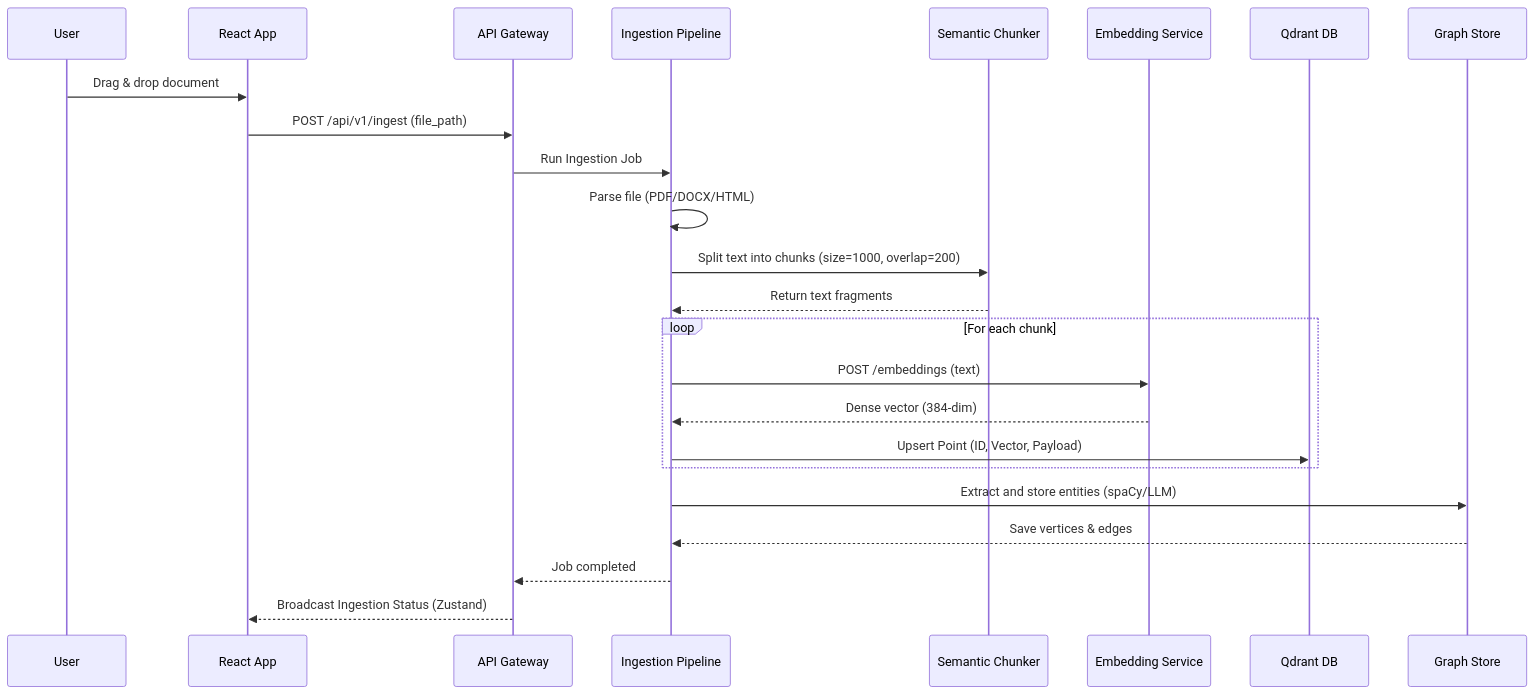
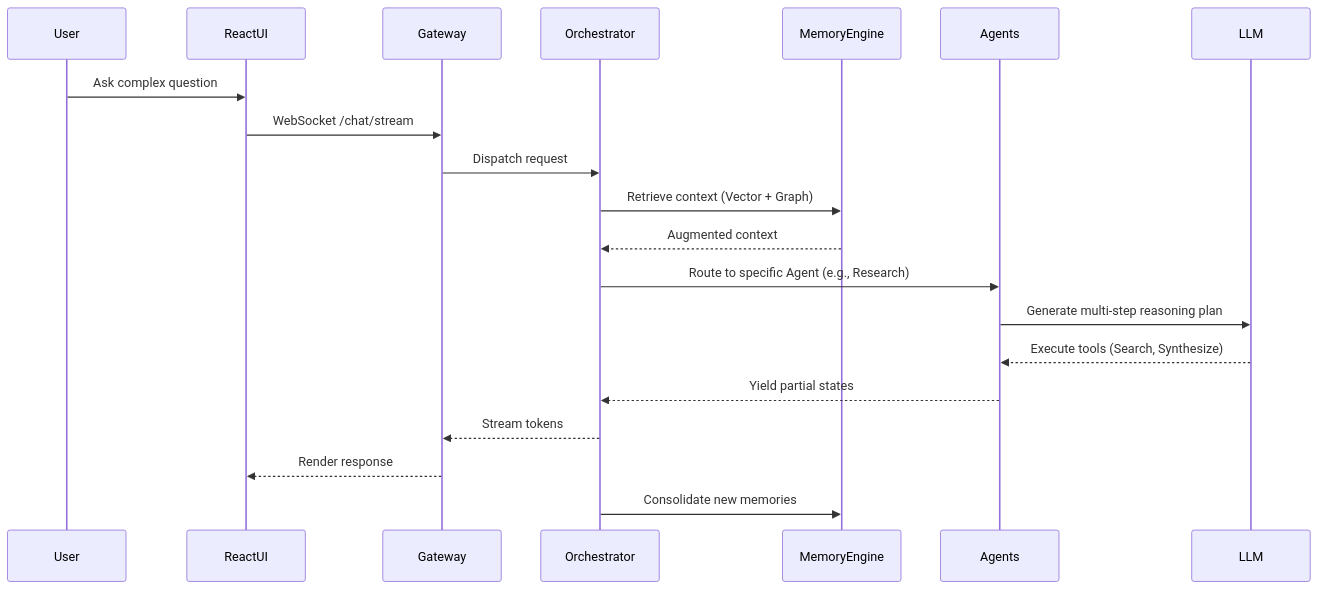
One commit to hassanupf24/Nodus changed the second of 3 diagrams in docs/ARCHITECTURE.md. Above: the diagram before and after it, drawn with Mermaid. The commit also changed other lines of this file and 63 other files, not shown here.

Commit message:
feat: scaffold Nodus vNext architecture and modules

````diff
--- a/docs/ARCHITECTURE.md
+++ b/docs/ARCHITECTURE.md
@@ -70,27 +62,23 @@
 ```mermaid
 sequenceDiagram
     participant User
-    participant App as React App
-    participant Gw as API Gateway
-    participant Pipe as Ingestion Pipeline
-    participant Ch as Semantic Chunker
-    participant Emb as Embedding Service
-    participant Vec as Qdrant DB
-    participant Graph as Graph Store
+    participant ReactUI
+    participant Gateway
+    participant Orchestrator
+    participant MemoryEngine
+    participant Agents
+    participant LLM
 
-    User->>App: Drag & drop document
-    App->>Gw: POST /api/v1/ingest (file_path)
-    Gw->>Pipe: Run Ingestion Job
-    Pipe->>Pipe: Parse file (PDF/DOCX/HTML)
-    Pipe->>Ch: Split text into chunks (size=1000, overlap=200)
-    Ch-->>Pipe: Return text fragments
-    loop For each chunk
-        Pipe->>Emb: POST /embeddings (text)
-        Emb-->>Pipe: Dense vector (384-dim)
-        Pipe->>Vec: Upsert Point (ID, Vector, Payload)
-    end
-    Pipe->>Graph: Extract and store entities (spaCy/LLM)
-    Graph-->>Pipe: Save vertices & edges
-    Pipe-->>Gw: Job completed
-    Gw-->>App: Broadcast Ingestion Status (Zustand)
+    User->>ReactUI: Ask complex question
+    ReactUI->>Gateway: WebSocket /chat/stream
+    Gateway->>Orchestrator: Dispatch request
+    Orchestrator->>MemoryEngine: Retrieve context (Vector + Graph)
+    MemoryEngine-->>Orchestrator: Augmented context
+    Orchestrator->>Agents: Route to specific Agent (e.g., Research)
+    Agents->>LLM: Generate multi-step reasoning plan
+    LLM-->>Agents: Execute tools (Search, Synthesize)
+    Agents-->>Orchestrator: Yield partial states
+    Orchestrator-->>Gateway: Stream tokens
+    Gateway-->>ReactUI: Render response
+    Orchestrator->>MemoryEngine: Consolidate new memories
 ```
````
